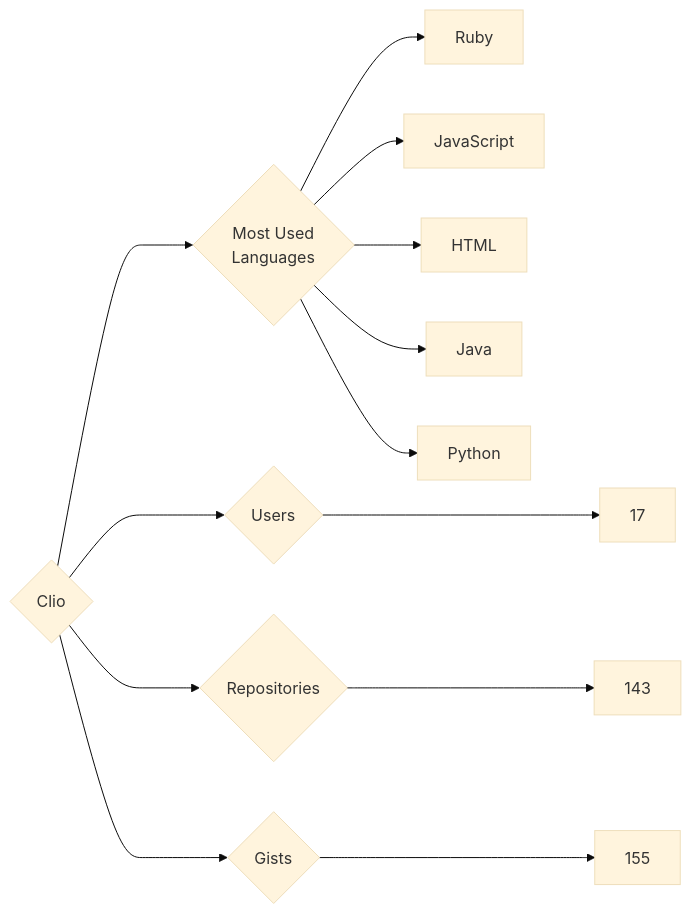
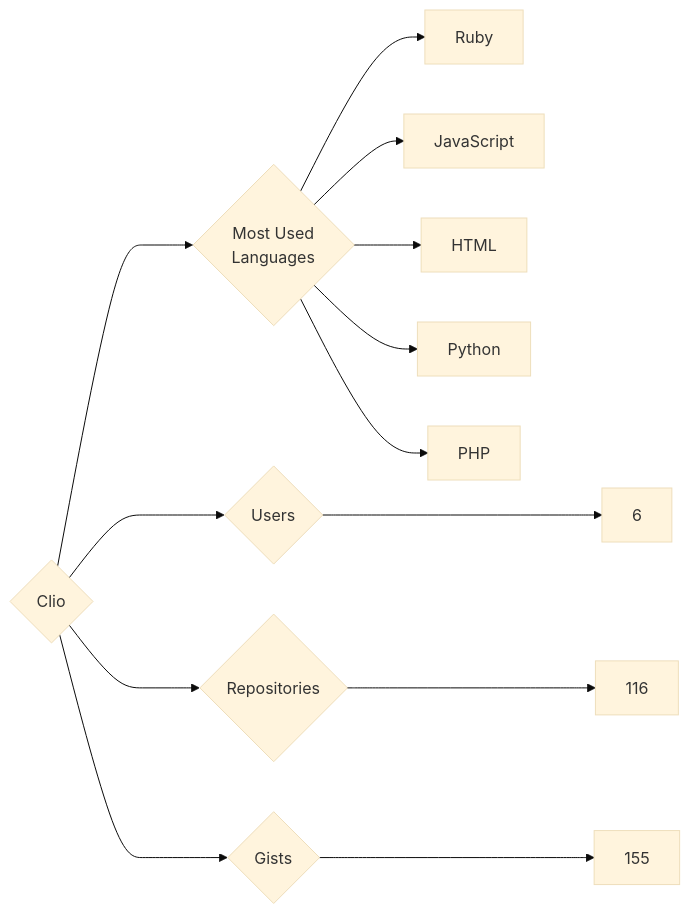
Before and after one commit to trickest/insiders: the diagram in targets/Clio/README.md, drawn with Mermaid (base theme). The commit also changed 882 other files, not shown here.

````diff
--- a/targets/Clio/README.md
+++ b/targets/Clio/README.md
@@ -3,13 +3,13 @@
 ```mermaid
 graph LR
 COMPANY_NAME{Clio}
-COMPANY_NAME ---> U{Users} ---> UN[17]
-COMPANY_NAME ---> R{Repositories} ---> RN[143]
+COMPANY_NAME ---> U{Users} ---> UN[6]
+COMPANY_NAME ---> R{Repositories} ---> RN[116]
 COMPANY_NAME ---> G{Gists} ---> GN[155]
 COMPANY_NAME ---> ML{Most Used<br>Languages}
 ML --> Ruby[Ruby]
 ML --> JavaScript[JavaScript]
 ML --> HTML[HTML]
-ML --> Java[Java]
 ML --> Python[Python]
+ML --> PHP[PHP]
 ```
````
